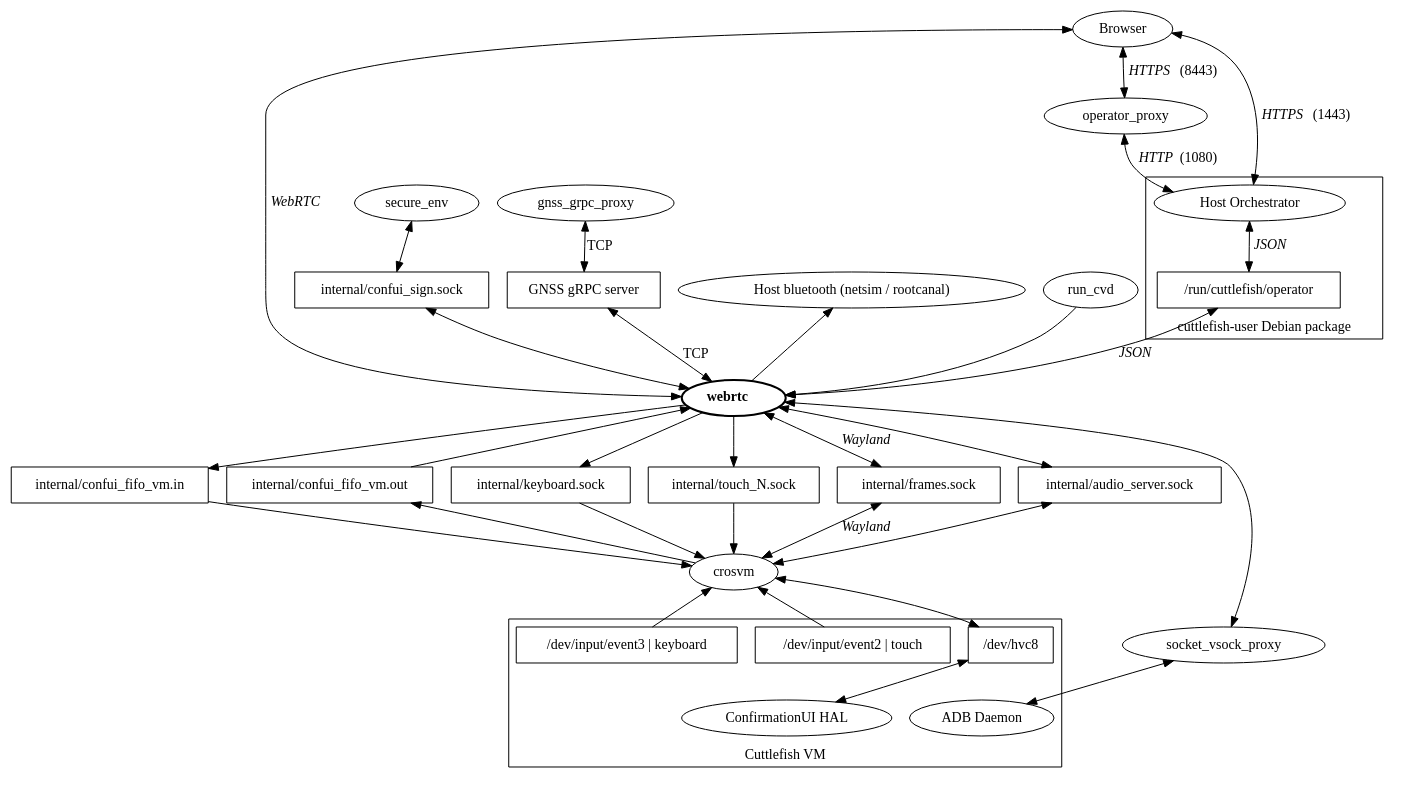
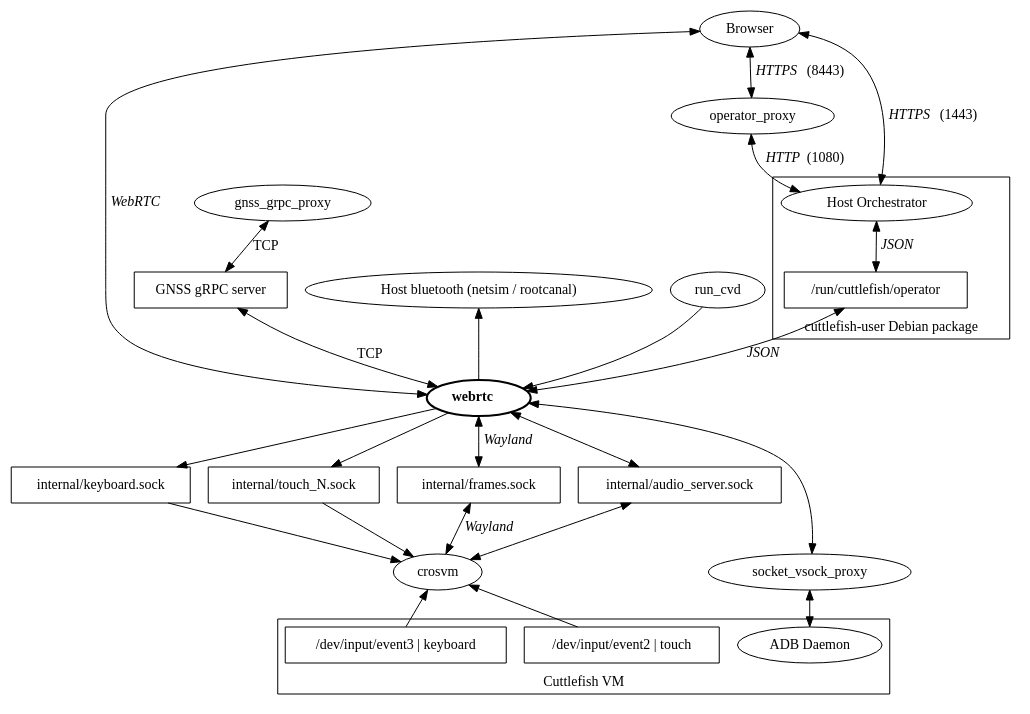
The diagram in base/cvd/cuttlefish/host/frontend/webrtc/doc/interface.dot (google/android-cuttlefish), drawn with Graphviz before and after one commit. The commit also changed 44 other files, not shown here.

```diff
--- a/base/cvd/cuttlefish/host/frontend/webrtc/doc/interface.dot
+++ b/base/cvd/cuttlefish/host/frontend/webrtc/doc/interface.dot
@@ -1,70 +1,58 @@
 digraph {
   rankdir = "BT"
   audio_server [label = "internal/audio_server.sock", shape = "rectangle"]
   browser [label = "Browser"]
-  confirmationui_sign [label = "internal/confui_sign.sock", shape = "rectangle"]
   gnss_grpc_proxy
   gnss_grpc_server [label = "GNSS gRPC server", shape = "rectangle"]
   host_bluetooth [label = "Host bluetooth (netsim / rootcanal)"]
-  host_confirmationui_in [label = "internal/confui_fifo_vm.in", shape = "rectangle"]
-  host_confirmationui_out [label = "internal/confui_fifo_vm.out", shape = "rectangle"]
   keyboard_server [label = "internal/keyboard.sock", shape = "rectangle"]
   touch_server [label = "internal/touch_N.sock", shape = "rectangle"]
   run_cvd
   operator_proxy
-  secure_env
   socket_vsock_proxy
   wayland_socket [label = "internal/frames.sock", shape = "rectangle"]
   webrtc [label = < <B>webrtc</B> >, penwidth = 2]
   vmm [label = "crosvm"]
 
   subgraph cluster_host {
     label = "cuttlefish-user Debian package"
 
     operator [label = "Host Orchestrator"]
     operator_socket [label = "/run/cuttlefish/operator", shape = "rectangle"]
   }
 
   subgraph cluster_android {
     label = "Cuttlefish VM"
     subgraph devices {
       rank = same;
-      confirmationui_console [label = "/dev/hvc8", shape = "rectangle"]
       keyboard_input [label = "/dev/input/event3 | keyboard", shape = "rectangle"]
       touch_input [label = "/dev/input/event2 | touch", shape = "rectangle"]
     }
     adb_daemon [label = "ADB Daemon"]
-    confirmationui [label = "ConfirmationUI HAL"]
   }
 
   operator -> browser [label = < <I>HTTPS</I> (1443) >, dir = both]
   webrtc -> browser [label = < <I>WebRTC</I> >, dir = both]
   operator_proxy -> browser [label = < <I>HTTPS</I> (8443) >, dir = both]
   operator -> operator_proxy [label = < <I>HTTP</I> (1080) >, dir = both]
   operator_socket -> operator [label = < <I>JSON</I> >, dir = both]
   webrtc -> operator_socket [label = < <I>JSON</I> >, dir = both]
   webrtc -> run_cvd [dir = back]
   webrtc -> host_bluetooth
 
-  webrtc -> confirmationui_sign -> secure_env [dir = both]
   webrtc -> gnss_grpc_server -> gnss_grpc_proxy [dir = both, label = "TCP"]
 
   adb_daemon -> socket_vsock_proxy -> webrtc [dir = both]
 
   audio_server -> webrtc [dir = both]
   vmm -> audio_server [dir = both]
 
   vmm -> wayland_socket -> webrtc [label = < <I>Wayland</I> >, dir = both]
 
   vmm -> keyboard_server -> webrtc [dir = back]
 
   vmm -> touch_server -> webrtc [dir = back]
 
-  vmm -> host_confirmationui_out -> webrtc
-  vmm -> host_confirmationui_in -> webrtc [dir = back]
-
-  confirmationui -> confirmationui_console -> vmm [dir = both]
-
   keyboard_input -> vmm
   touch_input -> vmm
 }
```
